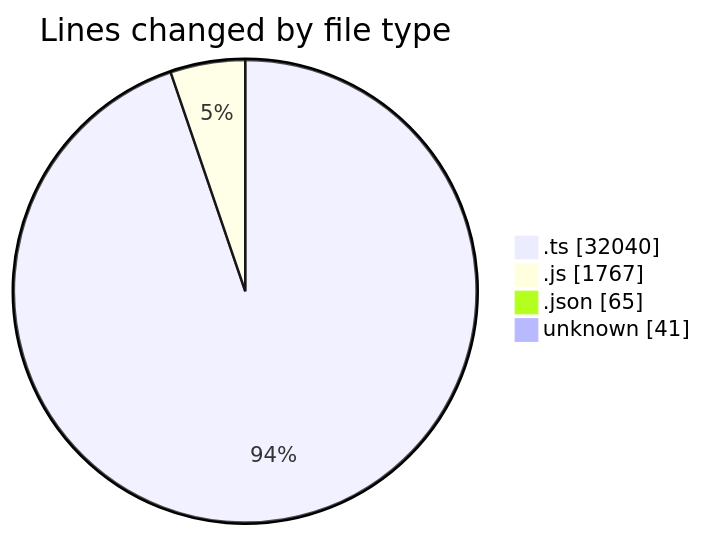
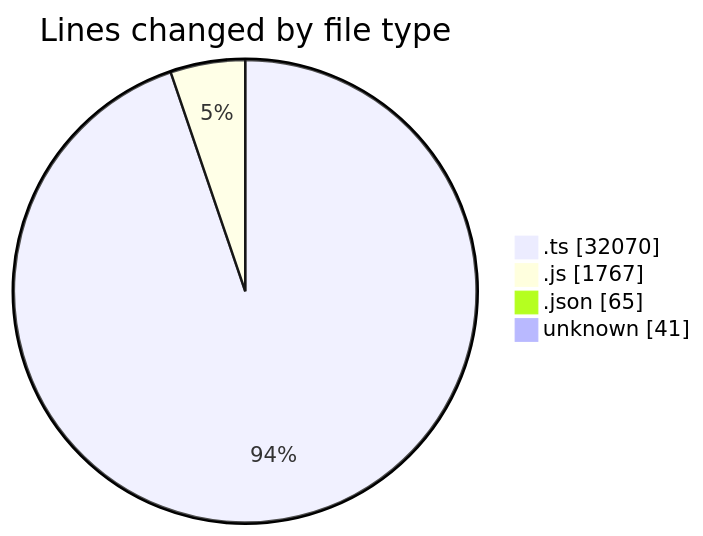
Before and after one commit to momahboobian/code-tracking: the first of 2 diagrams in 2025-07-31/cda/README.md, drawn with Mermaid. The commit also changed other lines of this file and 1 other file, not shown here.

````diff
--- a/2025-07-31/cda/README.md
+++ b/2025-07-31/cda/README.md
@@ -28,8 +28,8 @@
 ```mermaid
 pie showData
 title Lines changed by file type
-".ts" : 32040
+".ts" : 32070
 ".js" : 1767
 ".json" : 65
 "unknown" : 41
 ```
````
